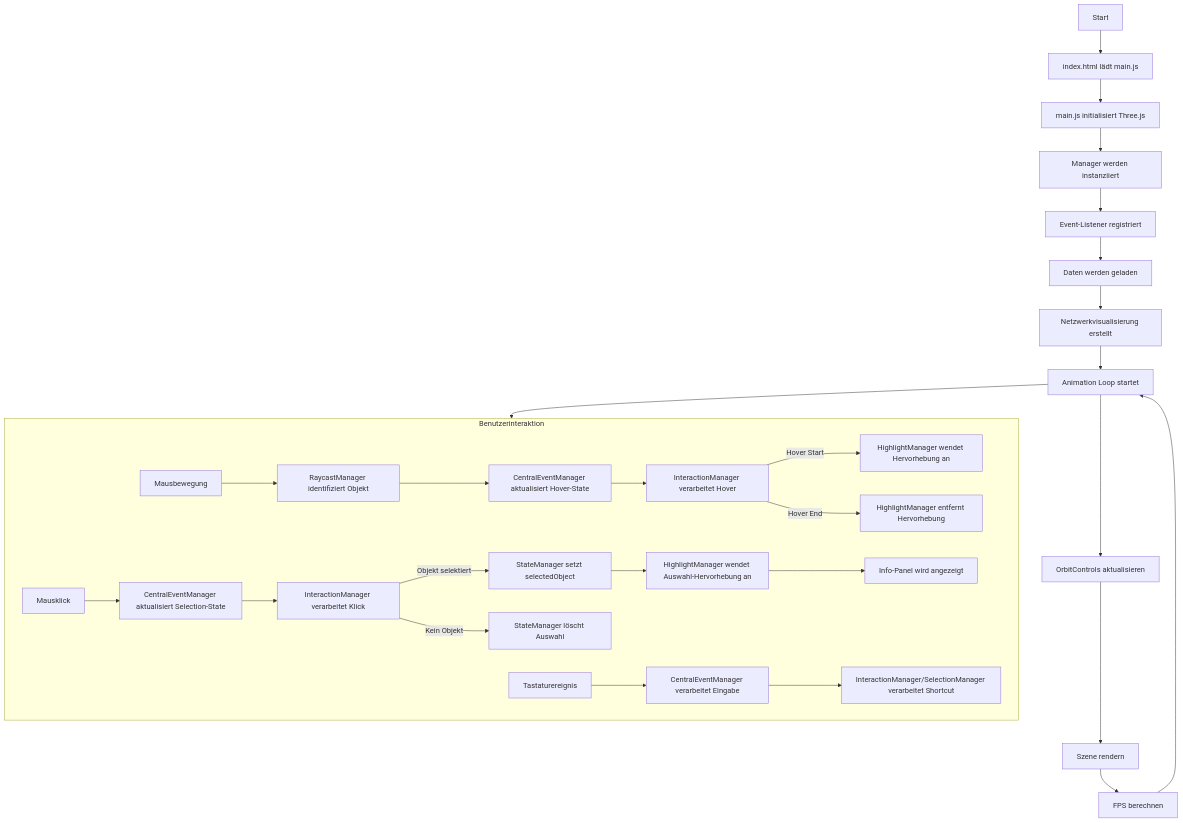
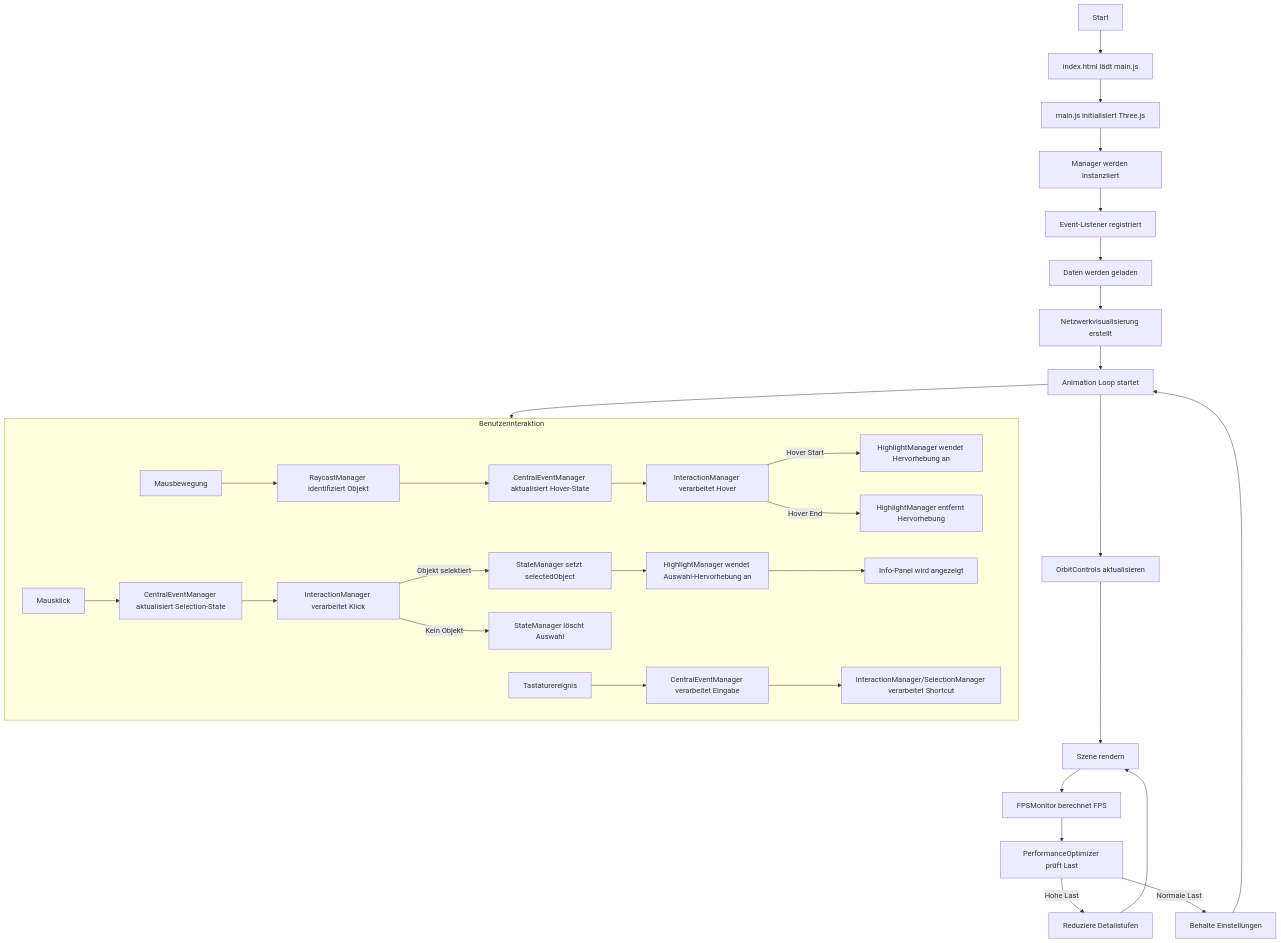
Before and after one commit to Banixx/Nodges: the diagram in doc/diagrams/bericht/hauptablauf.mermaid, drawn with Mermaid. The commit also changed 304 other files, not shown here.

```diff
--- a/doc/diagrams/bericht/hauptablauf.mermaid
+++ b/doc/diagrams/bericht/hauptablauf.mermaid
@@ -1,33 +1,37 @@
 flowchart TD
     A[Start] --> B[index.html lädt main.js]
     B --> C[main.js initialisiert Three.js]
     C --> D[Manager werden instanziiert]
     D --> E[Event-Listener registriert]
     E --> F[Daten werden geladen]
     F --> G[Netzwerkvisualisierung erstellt]
     
     G --> H[Animation Loop startet]
     H --> I[OrbitControls aktualisieren]
     I --> J[Szene rendern]
-    J --> K[FPS berechnen]
-    K --> H
+    J --> K[FPSMonitor berechnet FPS]
+    K --> L[PerformanceOptimizer prüft Last]
+    L -->|Hohe Last| M[Reduziere Detailstufen]
+    L -->|Normale Last| N[Behalte Einstellungen]
+    M --> J
+    N --> H
     
     subgraph Benutzerinteraktion
-        L[Mausbewegung] --> M[RaycastManager identifiziert Objekt]
-        M --> N[CentralEventManager aktualisiert Hover-State]
-        N --> O[InteractionManager verarbeitet Hover]
-        O -->|Hover Start| P[HighlightManager wendet Hervorhebung an]
-        O -->|Hover End| Q[HighlightManager entfernt Hervorhebung]
+        O[Mausbewegung] --> P[RaycastManager identifiziert Objekt]
+        P --> Q[CentralEventManager aktualisiert Hover-State]
+        Q --> R[InteractionManager verarbeitet Hover]
+        R -->|Hover Start| S[HighlightManager wendet Hervorhebung an]
+        R -->|Hover End| T[HighlightManager entfernt Hervorhebung]
         
-        R[Mausklick] --> S[CentralEventManager aktualisiert Selection-State]
-        S --> T[InteractionManager verarbeitet Klick]
-        T -->|Objekt selektiert| U[StateManager setzt selectedObject]
-        U --> V[HighlightManager wendet Auswahl-Hervorhebung an]
-        V --> W[Info-Panel wird angezeigt]
-        T -->|Kein Objekt| X[StateManager löscht Auswahl]
+        U[Mausklick] --> V[CentralEventManager aktualisiert Selection-State]
+        V --> W[InteractionManager verarbeitet Klick]
+        W -->|Objekt selektiert| X[StateManager setzt selectedObject]
+        X --> Y[HighlightManager wendet Auswahl-Hervorhebung an]
+        Y --> Z[Info-Panel wird angezeigt]
+        W -->|Kein Objekt| AA[StateManager löscht Auswahl]
         
-        Y[Tastaturereignis] --> Z[CentralEventManager verarbeitet Eingabe]
-        Z --> AA[InteractionManager/SelectionManager verarbeitet Shortcut]
+        AB[Tastaturereignis] --> AC[CentralEventManager verarbeitet Eingabe]
+        AC --> AD[InteractionManager/SelectionManager verarbeitet Shortcut]
     end
     
     H --> Benutzerinteraktion
```
